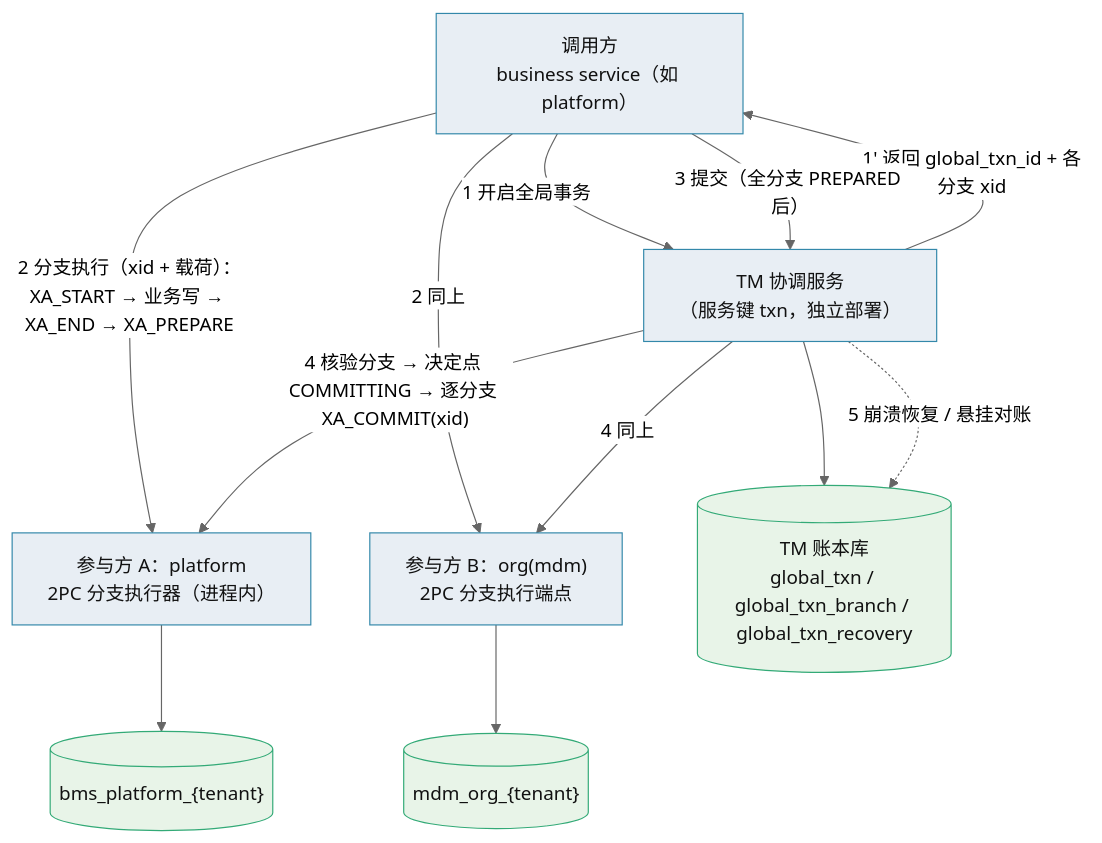
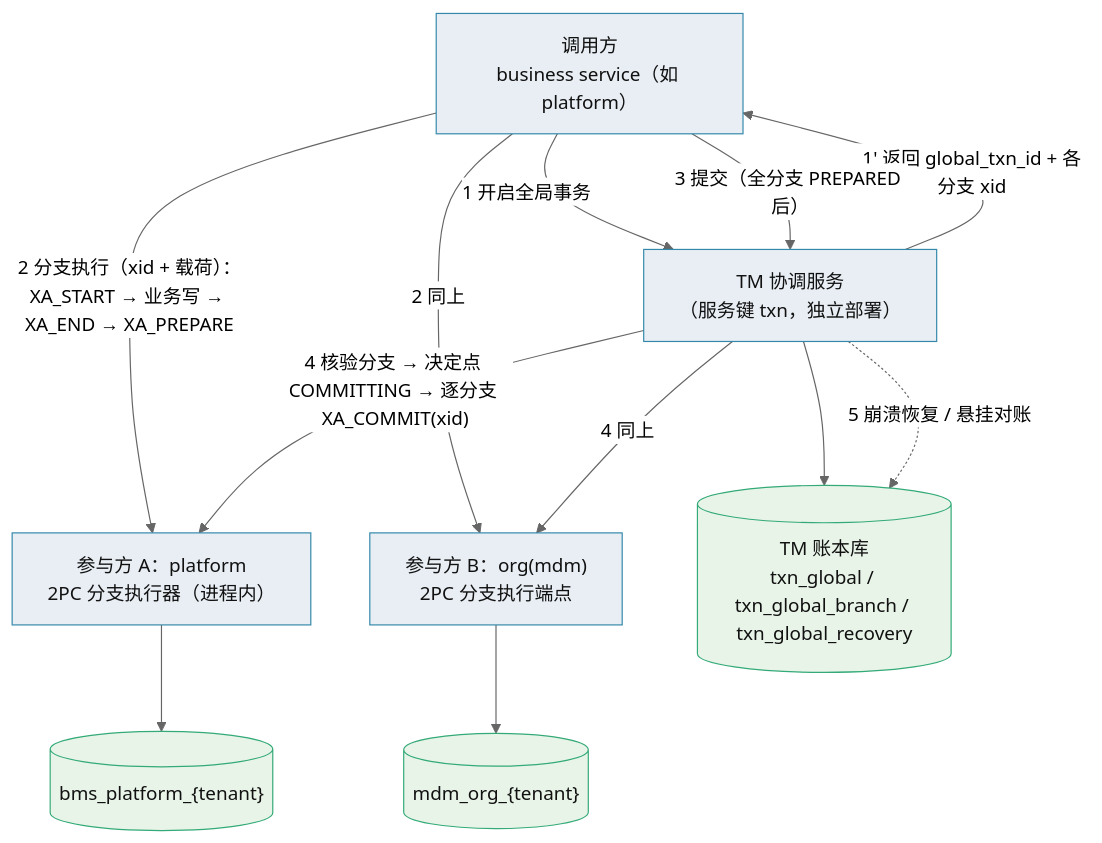
The first of 2 diagrams in bms文档/项目/02_后端基座与服务化地基/任务/05_服务间通信与一致性/05_服务间通信与一致性_07_跨服务事务管理器强一致专项/设计/01_详细设计_07_跨服务事务管理器强一致专项.md (minjian123/basic-management-system), drawn with Mermaid (neutral theme) before and after one commit. The commit also changed other lines of this file and 54 other files, not shown here.

````diff
--- a/bms文档/项目/02_后端基座与服务化地基/任务/05_服务间通信与一致性/05_服务间通信与一致性_07_跨服务事务管理器强一致专项/设计/01_详细设计_07_跨服务事务管理器强一致专项.md
+++ b/bms文档/项目/02_后端基座与服务化地基/任务/05_服务间通信与一致性/05_服务间通信与一致性_07_跨服务事务管理器强一致专项/设计/01_详细设计_07_跨服务事务管理器强一致专项.md
@@ -58,18 +58,18 @@
 ```mermaid
 flowchart TB
     C["调用方<br/>business service（如 platform）"] -->|"1 开启全局事务"| TM["TM 协调服务<br/>（服务键 txn，独立部署）"]
     TM -->|"1' 返回 global_txn_id + 各分支 xid"| C
     C -->|"2 分支执行（xid + 载荷）：XA_START → 业务写 → XA_END → XA_PREPARE"| P1["参与方 A：platform<br/>2PC 分支执行器（进程内）"]
     C -->|"2 同上"| P2["参与方 B：org(mdm)<br/>2PC 分支执行端点"]
     C -->|"3 提交（全分支 PREPARED 后）"| TM
     TM -->|"4 核验分支 → 决定点 COMMITTING → 逐分支 XA_COMMIT(xid)"| P1
     TM -->|"4 同上"| P2
     P1 --> DA[("bms_platform_{tenant}")]
     P2 --> DB[("mdm_org_{tenant}")]
-    TM --> L[("TM 账本库<br/>global_txn / global_txn_branch / global_txn_recovery")]
+    TM --> L[("TM 账本库<br/>txn_global / txn_global_branch / txn_global_recovery")]
     TM -. "5 崩溃恢复 / 悬挂对账" .-> L
     classDef k fill:#e8eef4,stroke:#38a,color:#111
     classDef db fill:#e8f4e8,stroke:#3a7,color:#111
     class C,TM,P1,P2 k
     class DA,DB,L db
 ```
````
